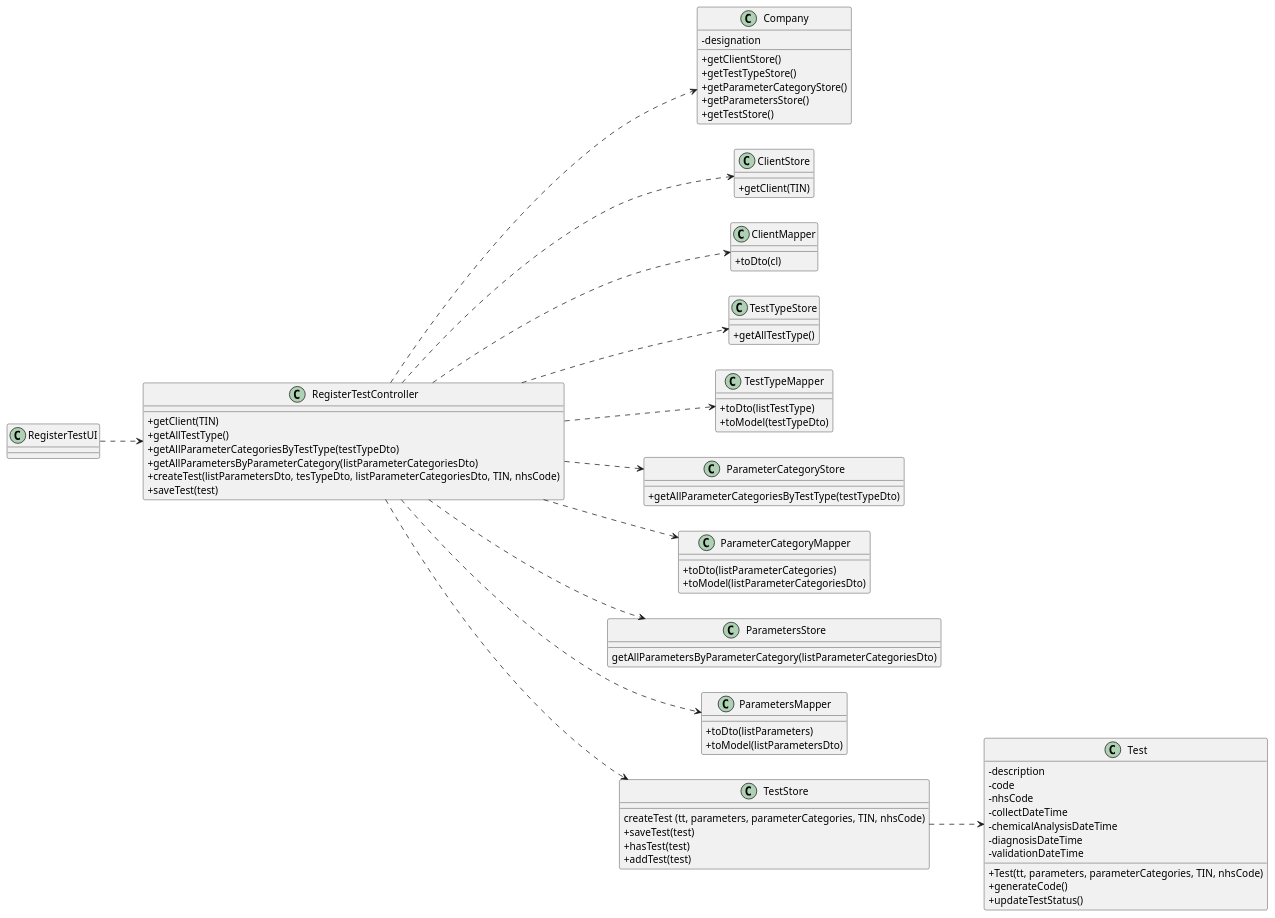
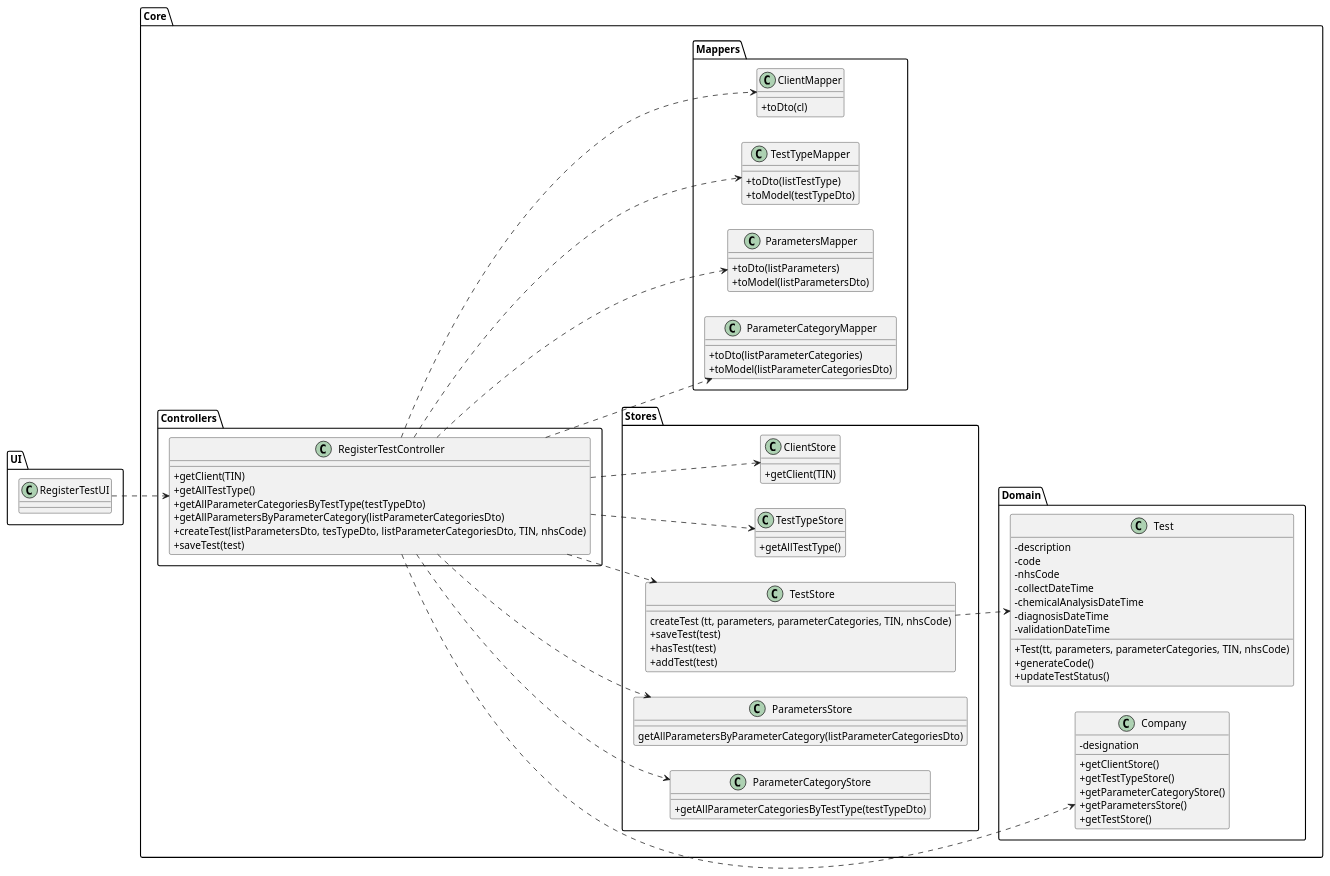
The diagram in docs/SprintC/US04/US04-CD.puml (0franciscor/lei-21-s2-1de-g19), drawn with PlantUML before and after one commit. The commit also changed 3 other files, not shown here.

Commit message:
[US04] - Adição de packages no CD e pequena alteração no RegisterTestUI

```diff
--- a/docs/SprintC/US04/US04-CD.puml
+++ b/docs/SprintC/US04/US04-CD.puml
@@ -1,96 +1,108 @@
 @startuml
 'https://plantuml.com/class-diagram
 
 skinparam classAttributeIconSize 0
 left to right direction
 
-class "RegisterTestUI" as RTUI
+package Core{
 
+package Controllers{
 class "RegisterTestController" as RTC {
 +getClient(TIN)
 +getAllTestType()
 +getAllParameterCategoriesByTestType(testTypeDto)
 +getAllParametersByParameterCategory(listParameterCategoriesDto)
 +createTest(listParametersDto, tesTypeDto, listParameterCategoriesDto, TIN, nhsCode)
 +saveTest(test)
 }
+}
 
+package Domain{
 class "Company" as C {
 -designation
 +getClientStore()
 +getTestTypeStore()
 +getParameterCategoryStore()
 +getParametersStore()
 +getTestStore()
-}
-
-class "ClientStore" as CS {
-+getClient(TIN)
-}
-
-class "ClientMapper" as CM {
-+toDto(cl)
-}
-
-class "TestTypeStore" as TTS {
-+getAllTestType()
-}
-
-class "TestTypeMapper" as TTM {
-+toDto(listTestType)
-+toModel(testTypeDto)
-}
-
-class "ParameterCategoryStore" as PCS {
-+getAllParameterCategoriesByTestType(testTypeDto)
-}
-
-class "ParameterCategoryMapper" as PCM {
-+toDto(listParameterCategories)
-+toModel(listParameterCategoriesDto)
-}
-
-class "ParametersStore" as PS {
-getAllParametersByParameterCategory(listParameterCategoriesDto)
-}
-
-class "ParametersMapper" as PM {
-+toDto(listParameters)
-+toModel(listParametersDto)
-}
-
-class "TestStore" as TS {
-createTest (tt, parameters, parameterCategories, TIN, nhsCode)
-+saveTest(test)
-+hasTest(test)
-+addTest(test)
 }
 
 class "Test" as T {
 -description
 -code
 -nhsCode
 -collectDateTime
 -chemicalAnalysisDateTime
 -diagnosisDateTime
 -validationDateTime
 +Test(tt, parameters, parameterCategories, TIN, nhsCode)
 +generateCode()
 +updateTestStatus()
+}
+}
+
+package Stores{
+class "ClientStore" as CS {
++getClient(TIN)
+}
+
+class "TestTypeStore" as TTS {
++getAllTestType()
+}
+
+class "TestStore" as TS {
+createTest (tt, parameters, parameterCategories, TIN, nhsCode)
++saveTest(test)
++hasTest(test)
++addTest(test)
+}
+
+class "ParametersStore" as PS {
+getAllParametersByParameterCategory(listParameterCategoriesDto)
+}
+
+class "ParameterCategoryStore" as PCS {
++getAllParameterCategoriesByTestType(testTypeDto)
+}
+}
+
+package Mappers{
+class "ClientMapper" as CM {
++toDto(cl)
+}
+
+class "TestTypeMapper" as TTM {
++toDto(listTestType)
++toModel(testTypeDto)
+}
+
+class "ParametersMapper" as PM {
++toDto(listParameters)
++toModel(listParametersDto)
+}
+
+class "ParameterCategoryMapper" as PCM {
++toDto(listParameterCategories)
++toModel(listParameterCategoriesDto)
+}
+}
+}
+
+package UI{
+class "RegisterTestUI" as RTUI
 }
 
 RTUI ..> RTC
 RTC ..> CS
 RTC ..> CM
 RTC ..> C
 RTC ..> TTS
 RTC ..> TTM
 RTC ..> PCS
 RTC ..> PCM
 RTC ..> PS
 RTC ..> PM
 RTC ..> TS
 TS ..> T
 
-
 @enduml
```
